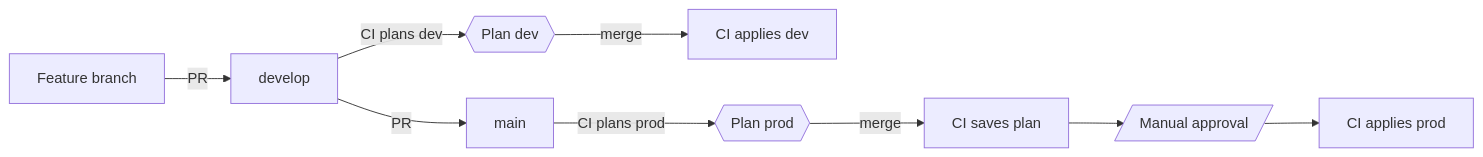
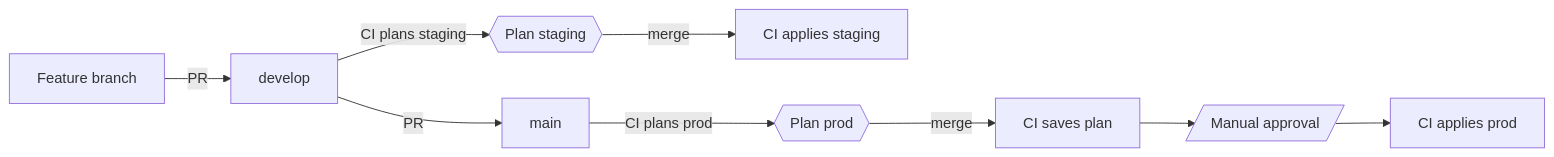
The diagram in CONTRIBUTING.md (gafnts/agentic-kie-deploy), drawn with Mermaid before and after one commit. The commit also changed other lines of this file and 4 other files, not shown here.

Commit message:
Rename remaining dev references to staging in docs

````diff
--- a/CONTRIBUTING.md
+++ b/CONTRIBUTING.md
@@ -58,12 +58,12 @@
 ```mermaid
 flowchart LR
     feature[Feature branch] -->|PR| develop[develop]
-    develop -->|CI plans dev| planDev{{Plan dev}}
-    planDev -->|merge| applyDev[CI applies dev]
+    develop -->|CI plans staging| planStaging{{Plan staging}}
+    planStaging -->|merge| applyStaging[CI applies staging]
 
     develop -->|PR| main[main]
     main -->|CI plans prod| planProd{{Plan prod}}
     planProd -->|merge| savedPlan[CI saves plan]
     savedPlan --> approval[/Manual approval/]
     approval --> applyProd[CI applies prod]
 ```
````
